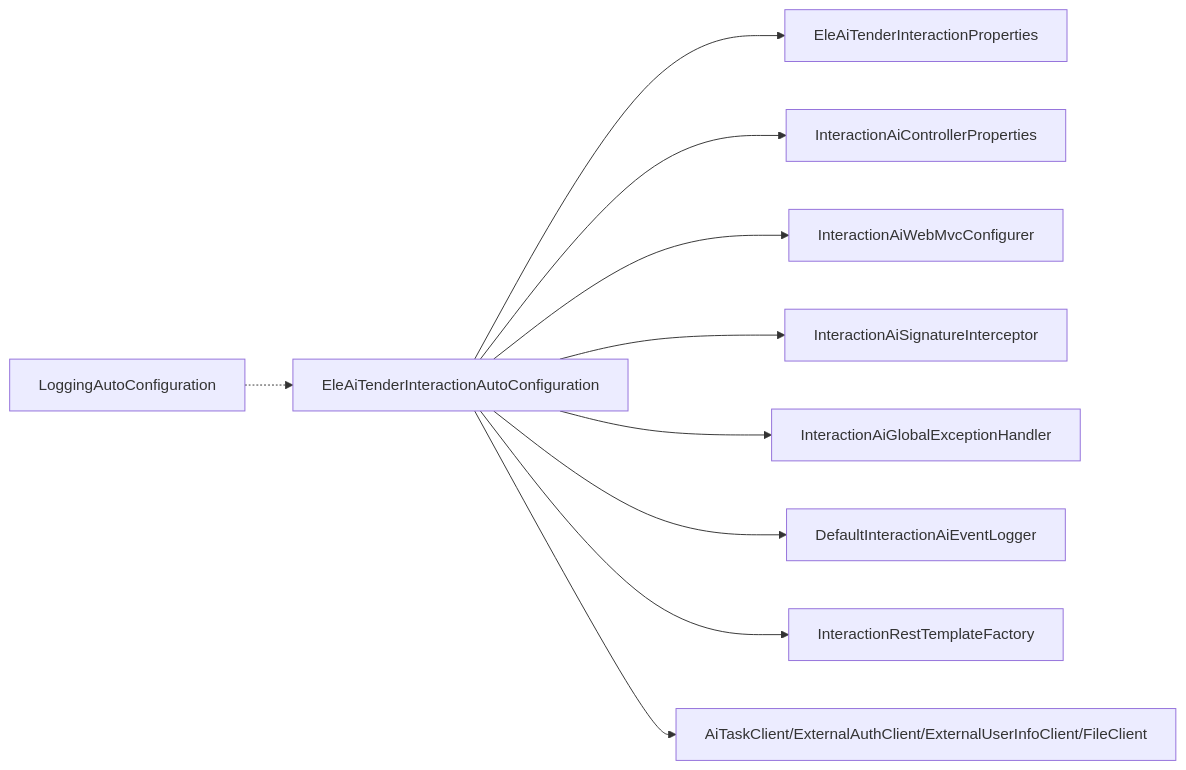
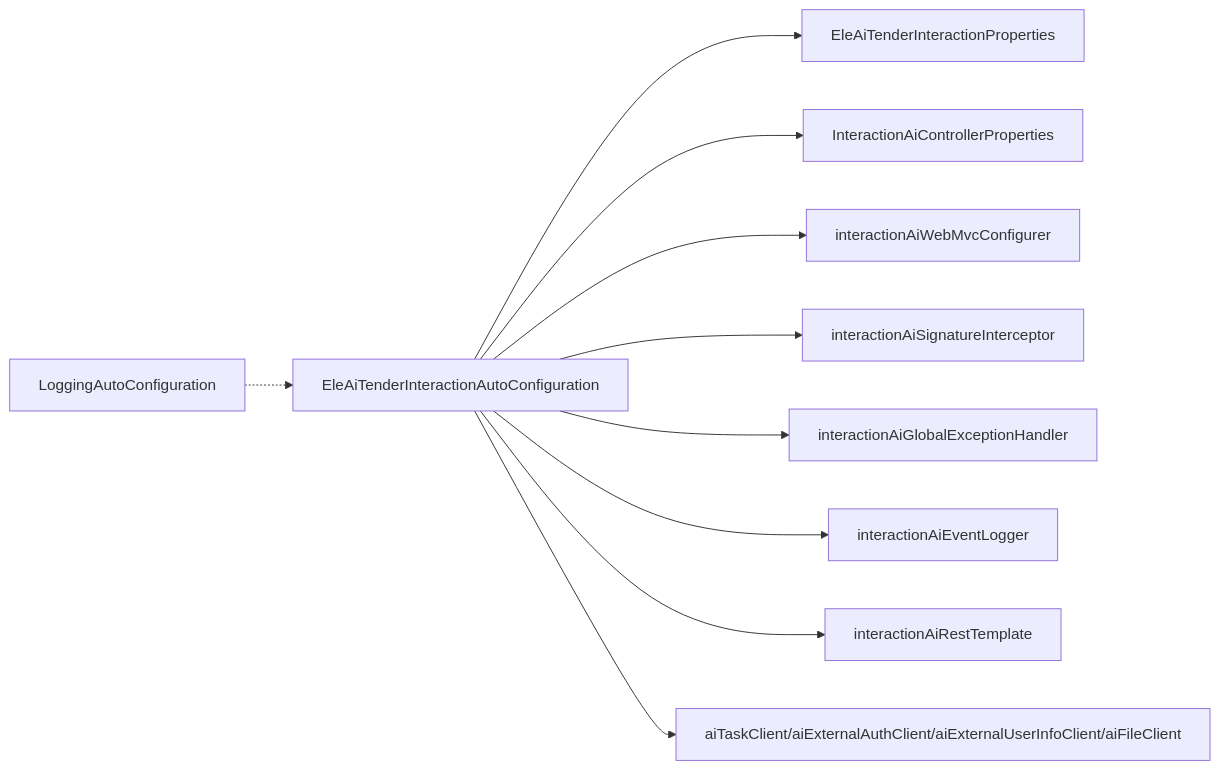
One commit to DrunkFood/First changed the eighth of 8 diagrams in .qoder/repowiki/zh/content/后端服务/交互服务 (ele-ai-tender-interaction)/自动配置框架.md. Above: the diagram before and after it, drawn with Mermaid. The commit also changed other lines of this file and 58 other files, not shown here.

````diff
--- a/.qoder/repowiki/zh/content/后端服务/交互服务 (ele-ai-tender-interaction)/自动配置框架.md
+++ b/.qoder/repowiki/zh/content/后端服务/交互服务 (ele-ai-tender-interaction)/自动配置框架.md
@@ -366,12 +382,12 @@
 ```mermaid
 graph LR
 AutoCfg["EleAiTenderInteractionAutoConfiguration"] --> Props["EleAiTenderInteractionProperties"]
 AutoCfg --> ControllerProps["InteractionAiControllerProperties"]
-AutoCfg --> MVC["InteractionAiWebMvcConfigurer"]
-AutoCfg --> Interceptor["InteractionAiSignatureInterceptor"]
-AutoCfg --> ExHandler["InteractionAiGlobalExceptionHandler"]
-AutoCfg --> EventLogger["DefaultInteractionAiEventLogger"]
-AutoCfg --> RTF["InteractionRestTemplateFactory"]
-AutoCfg --> Clients["AiTaskClient/ExternalAuthClient/ExternalUserInfoClient/FileClient"]
+AutoCfg --> MVC["interactionAiWebMvcConfigurer"]
+AutoCfg --> Interceptor["interactionAiSignatureInterceptor"]
+AutoCfg --> ExHandler["interactionAiGlobalExceptionHandler"]
+AutoCfg --> EventLogger["interactionAiEventLogger"]
+AutoCfg --> RTF["interactionAiRestTemplate"]
+AutoCfg --> Clients["aiTaskClient/aiExternalAuthClient/aiExternalUserInfoClient/aiFileClient"]
 Logging["LoggingAutoConfiguration"] -.-> AutoCfg
 ```
````
